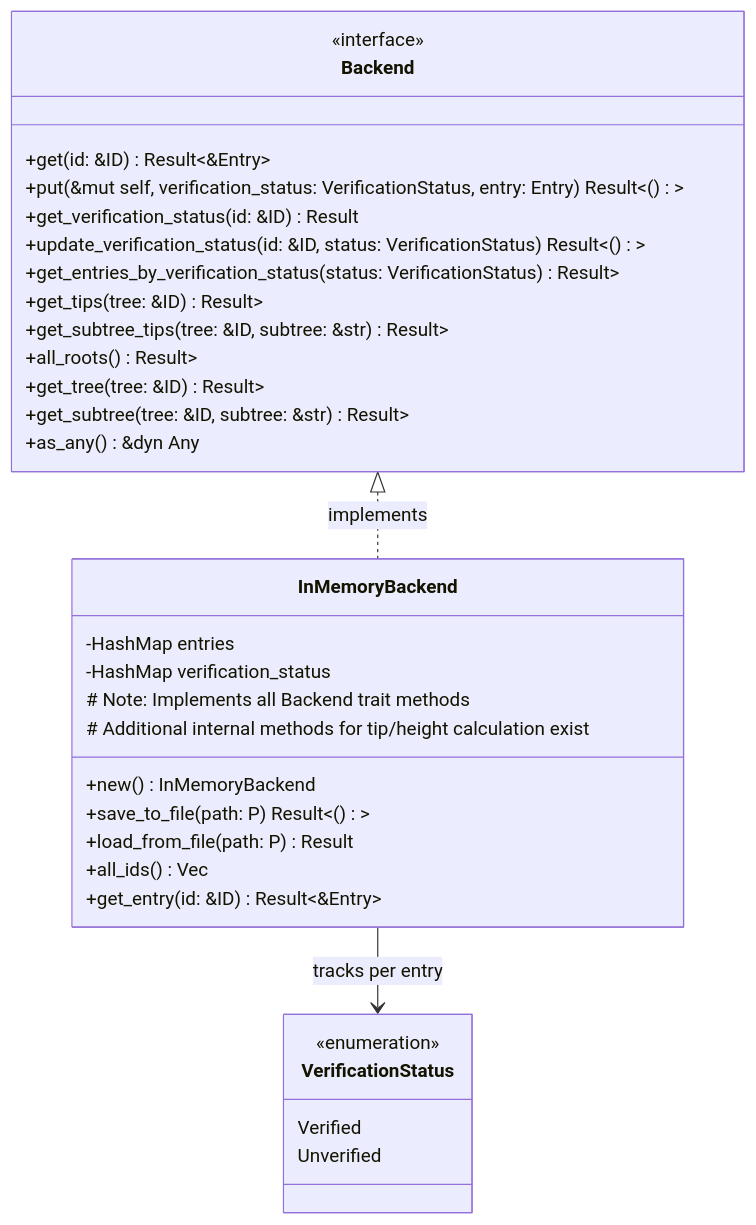
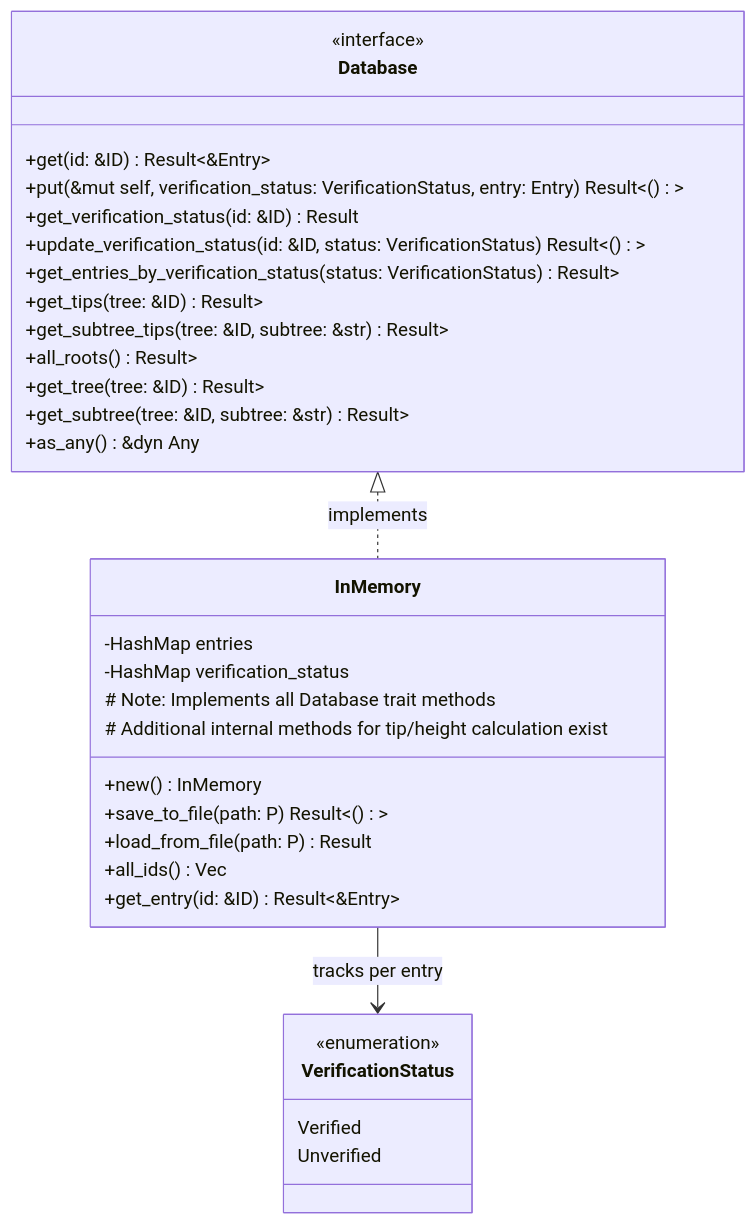
The diagram in docs/src/internal/core_components/backend.md (arcuru/eidetica), drawn with Mermaid before and after one commit. The commit also changed other lines of this file and 18 other files, not shown here.

Commit message:
docs: Rename Backend and InMemoryBackend

````diff
--- a/docs/src/internal/core_components/backend.md
+++ b/docs/src/internal/core_components/backend.md
@@ -5,38 +5,38 @@
 ```mermaid
 classDiagram
-    class Backend {
+    class Database {
         <<interface>>
         +get(id: &ID) Result<&Entry>
         +put(&mut self, verification_status: VerificationStatus, entry: Entry) Result<()>
         +get_verification_status(id: &ID) Result<VerificationStatus>
         +update_verification_status(id: &ID, status: VerificationStatus) Result<()>
         +get_entries_by_verification_status(status: VerificationStatus) Result<Vec<ID>>
         +get_tips(tree: &ID) Result<Vec<ID>>
         +get_subtree_tips(tree: &ID, subtree: &str) Result<Vec<ID>>
         +all_roots() Result<Vec<ID>>
         +get_tree(tree: &ID) Result<Vec<Entry>>
         +get_subtree(tree: &ID, subtree: &str) Result<Vec<Entry>>
         +as_any() &dyn Any
     }
 
-    class InMemoryBackend {
+    class InMemory {
         -HashMap<ID, Entry> entries
         -HashMap<ID, VerificationStatus> verification_status
-        +new() InMemoryBackend
+        +new() InMemory
         +save_to_file(path: P) Result<()>
         +load_from_file(path: P) Result<Self>
         +all_ids() Vec<ID>
         +get_entry(id: &ID) Result<&Entry>
-        # Note: Implements all Backend trait methods
+        # Note: Implements all Database trait methods
         # Additional internal methods for tip/height calculation exist
     }
 
     class VerificationStatus {
         <<enumeration>>
         Verified
         Unverified
     }
 
-    Backend <|.. InMemoryBackend : implements
-    InMemoryBackend --> VerificationStatus : tracks per entry
+    Database <|.. InMemory : implements
+    InMemory --> VerificationStatus : tracks per entry
 ```
````
